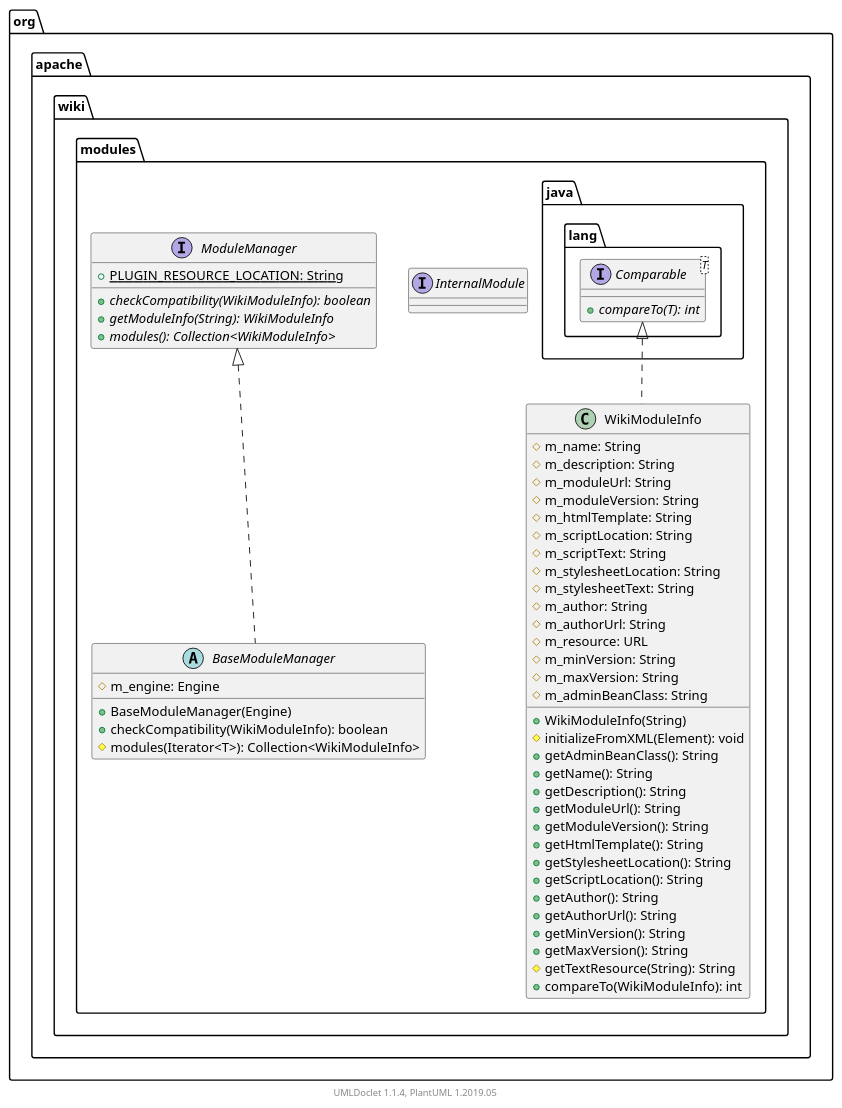
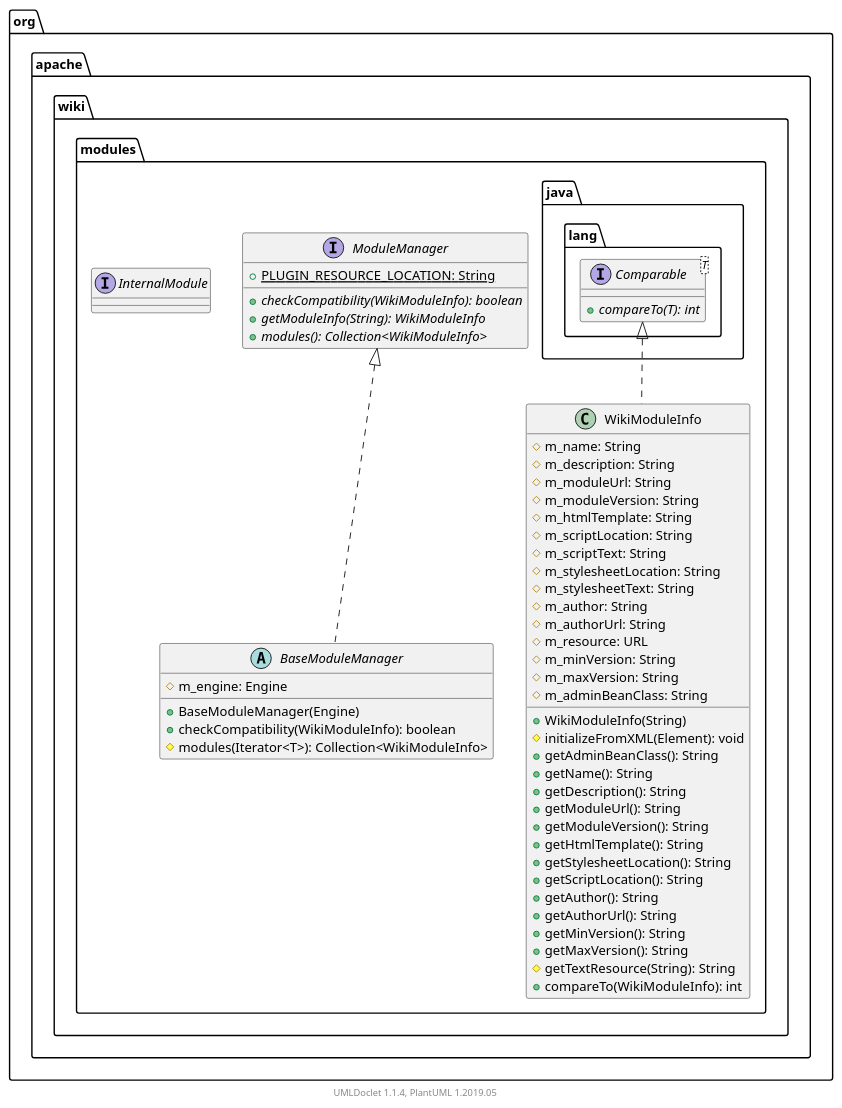
The diagram in apidocs/2.11.0.M7-SNAPSHOT/org/apache/wiki/modules/package.puml (apache/jspwiki-site), drawn with PlantUML before and after one commit. The commit also changed other lines of this file and 1816 other files, not shown here.

```diff
--- a/apidocs/2.11.0.M7-SNAPSHOT/org/apache/wiki/modules/package.puml
+++ b/apidocs/2.11.0.M7-SNAPSHOT/org/apache/wiki/modules/package.puml
@@ -1,67 +1,67 @@
 @startuml
 
     namespace org.apache.wiki.modules {
+
+        interface ModuleManager [[ModuleManager.html]] {
+            {static} +PLUGIN_RESOURCE_LOCATION: String
+            {abstract} +checkCompatibility(WikiModuleInfo): boolean
+            {abstract} +getModuleInfo(String): WikiModuleInfo
+            {abstract} +modules(): Collection<WikiModuleInfo>
+        }
+
+        interface InternalModule [[InternalModule.html]] {
+        }
 
         abstract class BaseModuleManager [[BaseModuleManager.html]] {
             #m_engine: Engine
             +BaseModuleManager(Engine)
             +checkCompatibility(WikiModuleInfo): boolean
             #modules(Iterator<T>): Collection<WikiModuleInfo>
-        }
-
-        interface InternalModule [[InternalModule.html]] {
         }
 
         class WikiModuleInfo [[WikiModuleInfo.html]] {
             #m_name: String
             #m_description: String
             #m_moduleUrl: String
             #m_moduleVersion: String
             #m_htmlTemplate: String
             #m_scriptLocation: String
             #m_scriptText: String
             #m_stylesheetLocation: String
             #m_stylesheetText: String
             #m_author: String
             #m_authorUrl: String
             #m_resource: URL
             #m_minVersion: String
             #m_maxVersion: String
             #m_adminBeanClass: String
             +WikiModuleInfo(String)
             #initializeFromXML(Element): void
             +getAdminBeanClass(): String
             +getName(): String
             +getDescription(): String
             +getModuleUrl(): String
             +getModuleVersion(): String
             +getHtmlTemplate(): String
             +getStylesheetLocation(): String
             +getScriptLocation(): String
             +getAuthor(): String
             +getAuthorUrl(): String
             +getMinVersion(): String
             +getMaxVersion(): String
             #getTextResource(String): String
             +compareTo(WikiModuleInfo): int
         }
 
-        interface ModuleManager [[ModuleManager.html]] {
-            {static} +PLUGIN_RESOURCE_LOCATION: String
-            {abstract} +checkCompatibility(WikiModuleInfo): boolean
-            {abstract} +getModuleInfo(String): WikiModuleInfo
-            {abstract} +modules(): Collection<WikiModuleInfo>
-        }
-
         ModuleManager <|.. BaseModuleManager
 
         interface java.lang.Comparable<T> {
             {abstract} +compareTo(T): int
         }
         java.lang.Comparable <|.. WikiModuleInfo
 
     }
 
 
     center footer UMLDoclet 1.1.4, PlantUML 1.2019.05
 @enduml
```
